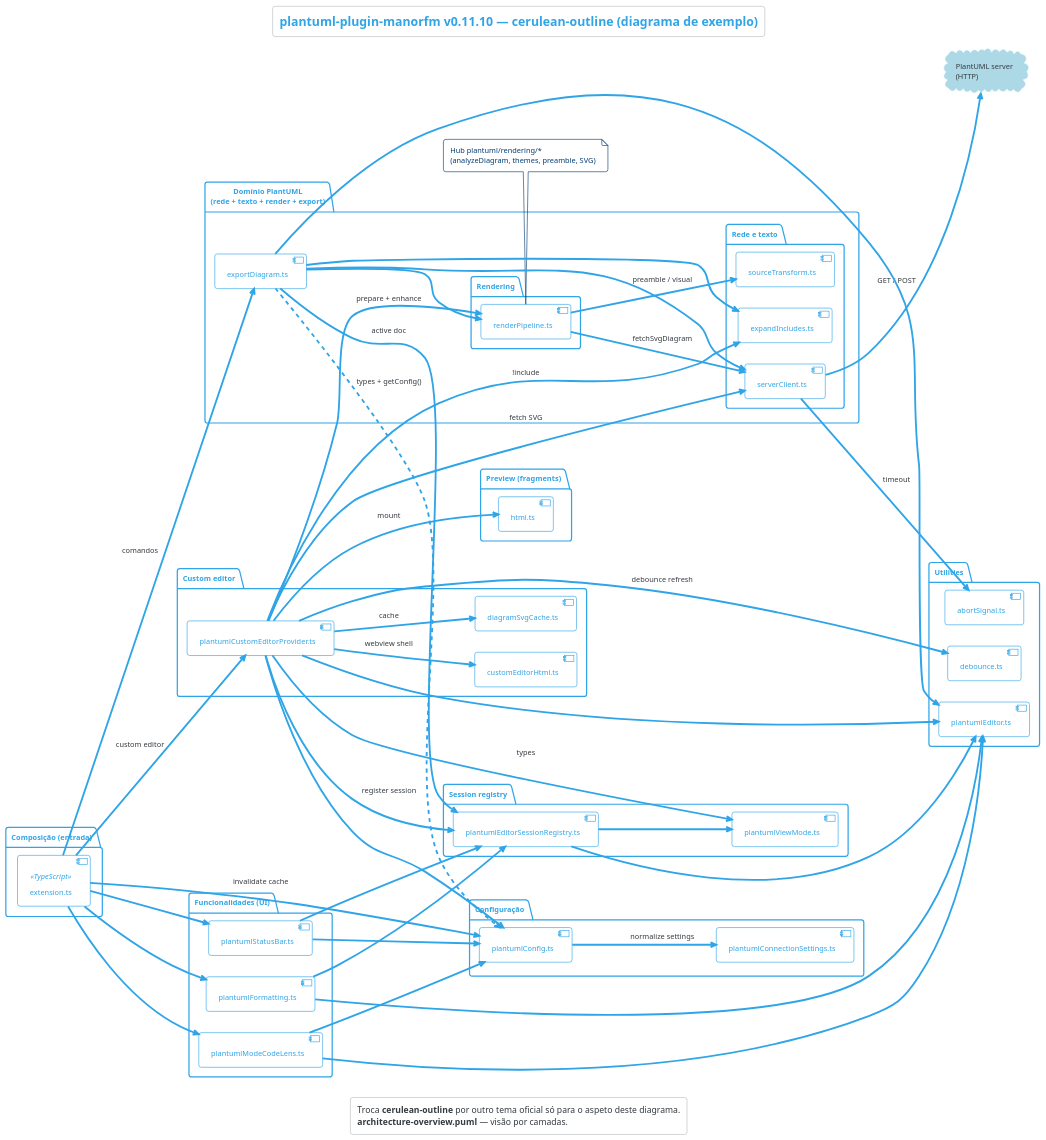
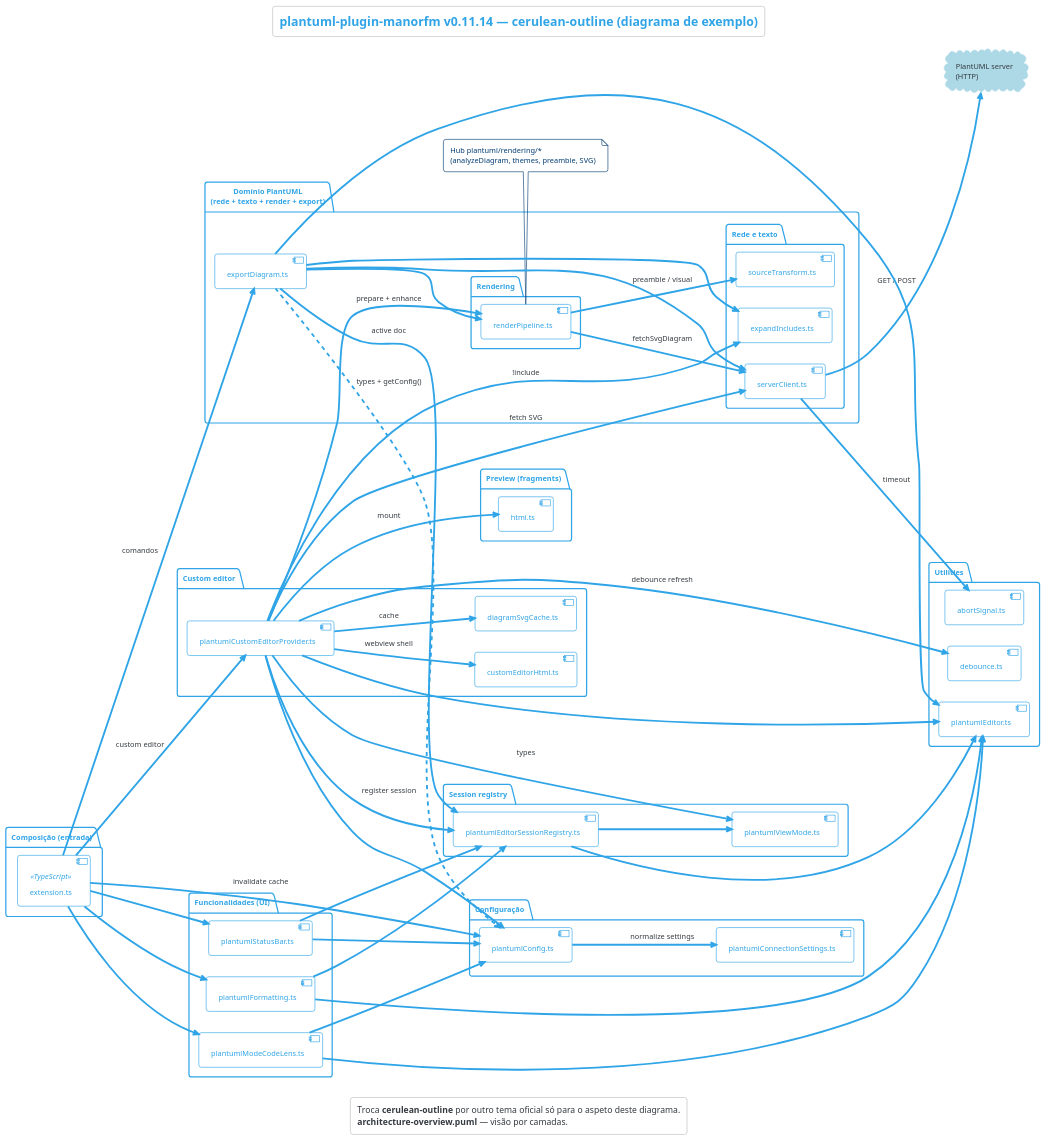
One commit to manorfm/plantuml-plugin changed the diagram in examples/architecture-theme-cerulean-outline.puml. Above: the diagram before and after it, drawn with PlantUML. The commit also changed 13 other files, not shown here.

```diff
--- a/examples/architecture-theme-cerulean-outline.puml
+++ b/examples/architecture-theme-cerulean-outline.puml
@@ -1,115 +1,115 @@
 @startuml
 ' === Variante B: tema do SERVIDOR PlantUML (não é plantumlViewer.visualTheme) ===
 ' Visão compacta: examples/architecture-overview.puml
 ' docs/architecture-diagrams.md
 !theme cerulean-outline
 
-title plantuml-plugin-manorfm v0.11.10 — cerulean-outline (diagrama de exemplo)
+title plantuml-plugin-manorfm v0.11.14 — cerulean-outline (diagrama de exemplo)
 
 left to right direction
 
 package "Composição (entrada)" {
   component [extension.ts] as EXT <<TypeScript>>
 }
 
 package "Funcionalidades (UI)" {
   component [plantumlStatusBar.ts] as SBR
   component [plantumlModeCodeLens.ts] as CL
   component [plantumlFormatting.ts] as FMT
 }
 
 package "Configuração" {
   component [plantumlConfig.ts] as CFG
   component [plantumlConnectionSettings.ts] as PCS
 }
 
 package "Utilities" {
   component [abortSignal.ts] as AB
   component [debounce.ts] as DB
   component [plantumlEditor.ts] as PUE
 }
 
 package "Session registry" {
   component [plantumlEditorSessionRegistry.ts] as ESR
   component [plantumlViewMode.ts] as VM
 }
 
 package "Custom editor" {
   component [plantumlCustomEditorProvider.ts] as CEP
   component [customEditorHtml.ts] as CEH
   component [diagramSvgCache.ts] as DSC
 }
 
 package "Preview (fragments)" {
   component [html.ts] as HTML
 }
 
 package "Domínio PlantUML\n(rede + texto + render + export)" as DOM {
   package "Rendering" {
     component [renderPipeline.ts] as RP
   }
   package "Rede e texto" {
     component [serverClient.ts] as SC
     component [expandIncludes.ts] as INC
     component [sourceTransform.ts] as ST
   }
   component [exportDiagram.ts] as EXP
 }
 
 note bottom of RP
   Hub plantuml/rendering/*
   (analyzeDiagram, themes, preamble, SVG)
 end note
 
 cloud "PlantUML server\n(HTTP)" as SRV #LightBlue
 
 EXT --> CEP : custom editor
 EXT --> SBR
 EXT --> CL
 EXT --> FMT
 EXT --> EXP : comandos
 EXT --> CFG : invalidate cache
 
 CFG --> PCS : normalize settings
 
 SBR --> CFG
 SBR --> ESR
 CL --> CFG
 CL --> PUE
 FMT --> ESR
 FMT --> PUE
 
 CEP --> CEH : webview shell
 CEP --> INC : !include
 CEP --> SC : fetch SVG
 CEP --> HTML : mount
 CEP --> CFG
 CEP --> RP : prepare + enhance
 CEP --> DSC : cache
 CEP --> DB : debounce refresh
 CEP --> ESR : register session
 CEP --> PUE
 CEP --> VM : types
 
 ESR --> PUE
 ESR --> VM
 
 RP --> SC : fetchSvgDiagram
 RP --> ST : preamble / visual
 
 SC --> AB : timeout
 SC --> SRV : GET / POST
 
 EXP --> INC
 EXP --> SC
 EXP --> RP
 EXP --> ESR : active doc
 EXP --> PUE
 EXP ..> CFG : types + getConfig()
 
 legend bottom
   Troca **cerulean-outline** por outro tema oficial só para o aspeto deste diagrama.
   **architecture-overview.puml** — visão por camadas.
 endlegend
 
 @enduml
```
